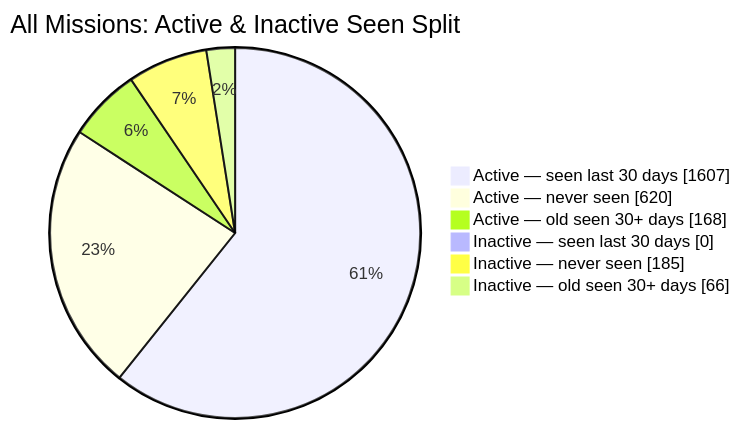
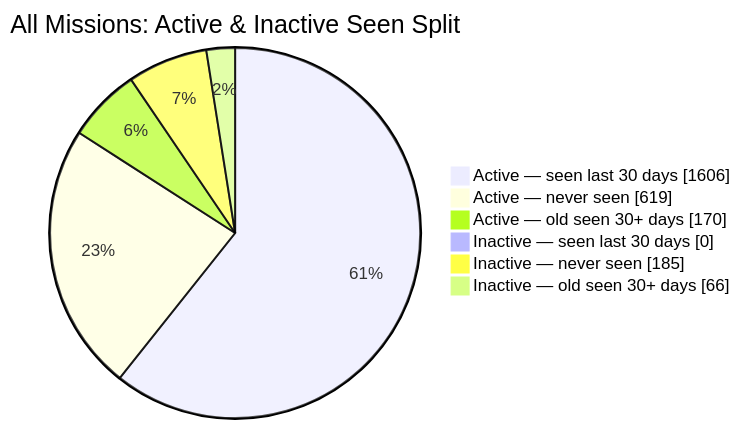
The second of 2 diagrams in README.md (MeldkamerspelGameTeam/active-missions), drawn with Mermaid before and after one commit. The commit also changed other lines of this file and 4 other files, not shown here.

````diff
--- a/README.md
+++ b/README.md
@@ -44,10 +44,10 @@
 ```mermaid
 pie showData
     title All Missions: Active & Inactive Seen Split
-    "Active — seen last 30 days" : 1607
-    "Active — never seen" : 620
-    "Active — old seen 30+ days" : 168
+    "Active — seen last 30 days" : 1606
+    "Active — never seen" : 619
+    "Active — old seen 30+ days" : 170
     "Inactive — seen last 30 days" : 0
     "Inactive — never seen" : 185
     "Inactive — old seen 30+ days" : 66
 ```
````
